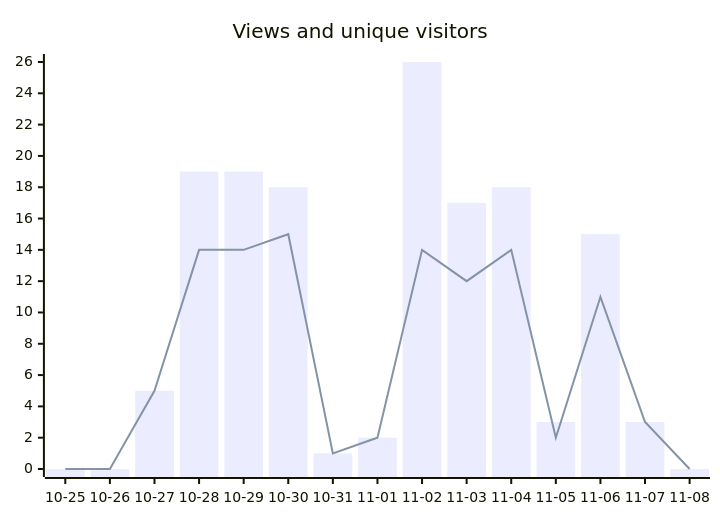
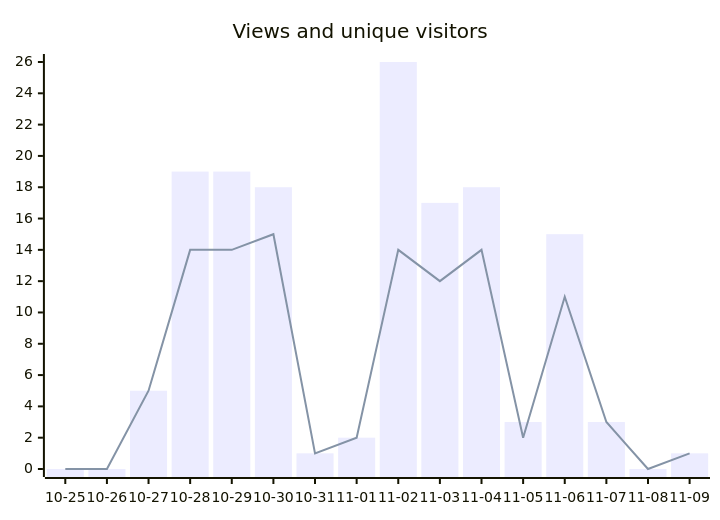
Before and after one commit to fmadore/Kalamu: the second of 2 diagrams in README.md, drawn with Mermaid. The commit also changed other lines of this file and 3 other files, not shown here.

````diff
--- a/README.md
+++ b/README.md
@@ -64,7 +66,7 @@
 ```mermaid
 xychart-beta
     title "Views and unique visitors"
-    x-axis ["10-25", "10-26", "10-27", "10-28", "10-29", "10-30", "10-31", "11-01", "11-02", "11-03", "11-04", "11-05", "11-06", "11-07", "11-08"]
-    bar [0, 0, 5, 19, 19, 18, 1, 2, 26, 17, 18, 3, 15, 3, 0]
-    line [0, 0, 5, 14, 14, 15, 1, 2, 14, 12, 14, 2, 11, 3, 0]
+    x-axis ["10-25", "10-26", "10-27", "10-28", "10-29", "10-30", "10-31", "11-01", "11-02", "11-03", "11-04", "11-05", "11-06", "11-07", "11-08", "11-09"]
+    bar [0, 0, 5, 19, 19, 18, 1, 2, 26, 17, 18, 3, 15, 3, 0, 1]
+    line [0, 0, 5, 14, 14, 15, 1, 2, 14, 12, 14, 2, 11, 3, 0, 1]
 ```
````
